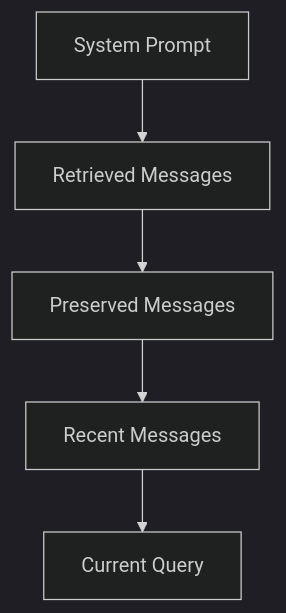
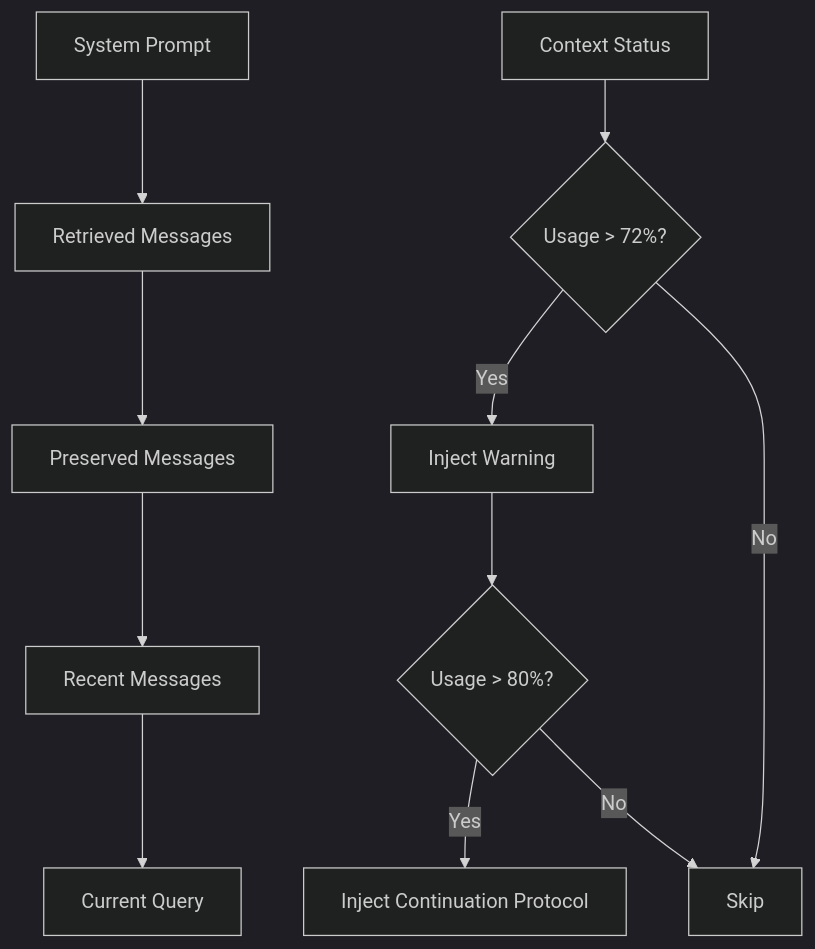
Before and after one commit to luksamuk/sprachspiel: the sixth of 8 diagrams in doc/src/development/architecture.md, drawn with Mermaid (dark theme). The commit also changed other lines of this file and 39 other files, not shown here.

````diff
--- a/doc/src/development/architecture.md
+++ b/doc/src/development/architecture.md
@@ -392,7 +392,14 @@
 ```mermaid
 graph TD
     A[System Prompt] --> B[Retrieved Messages]
     B --> C[Preserved Messages]
     C --> D[Recent Messages]
     D --> E[Current Query]
+    
+    F[Context Status] --> G{Usage > 72%?}
+    G -->|Yes| H[Inject Warning]
+    G -->|No| I[Skip]
+    H --> J{Usage > 80%?}
+    J -->|Yes| K[Inject Continuation Protocol]
+    J -->|No| I
 ```
````
